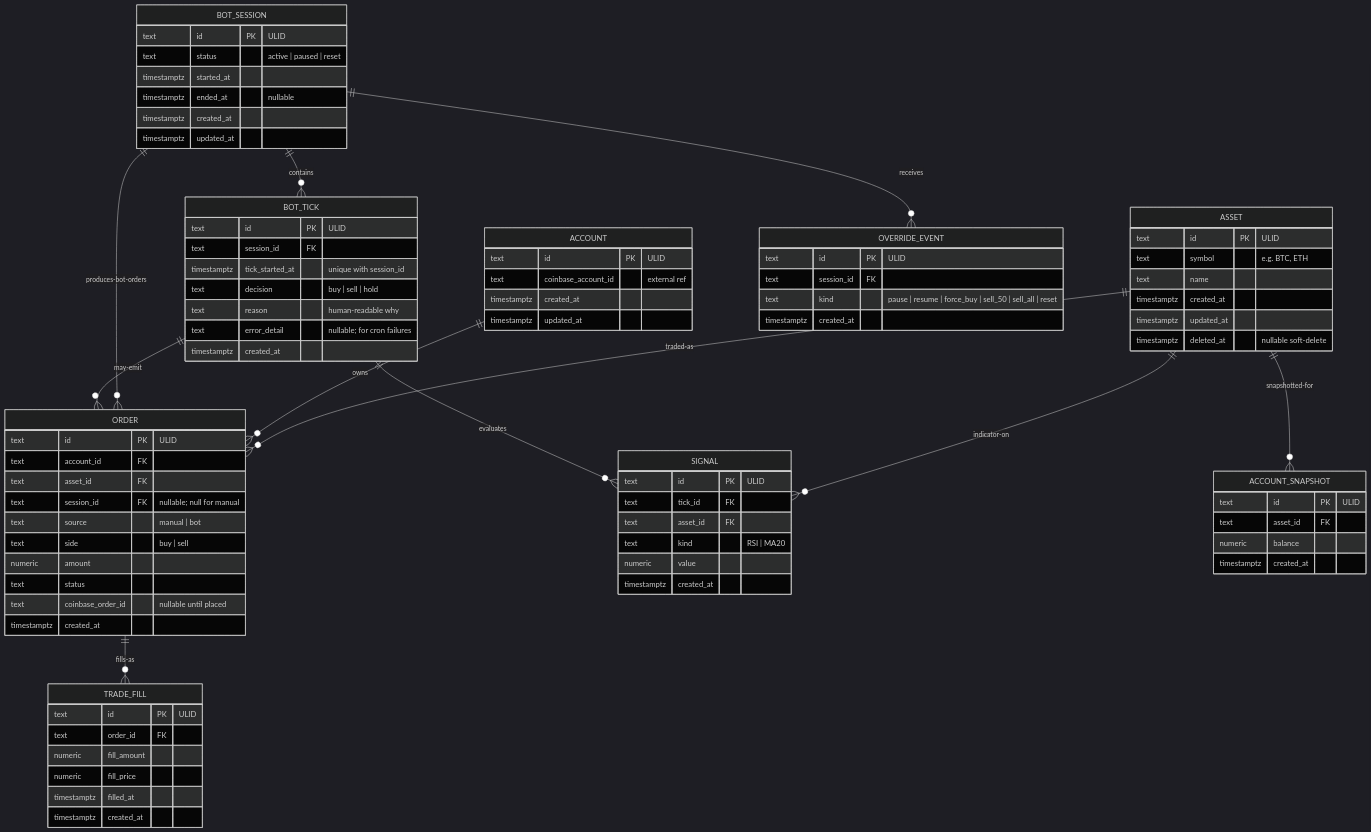
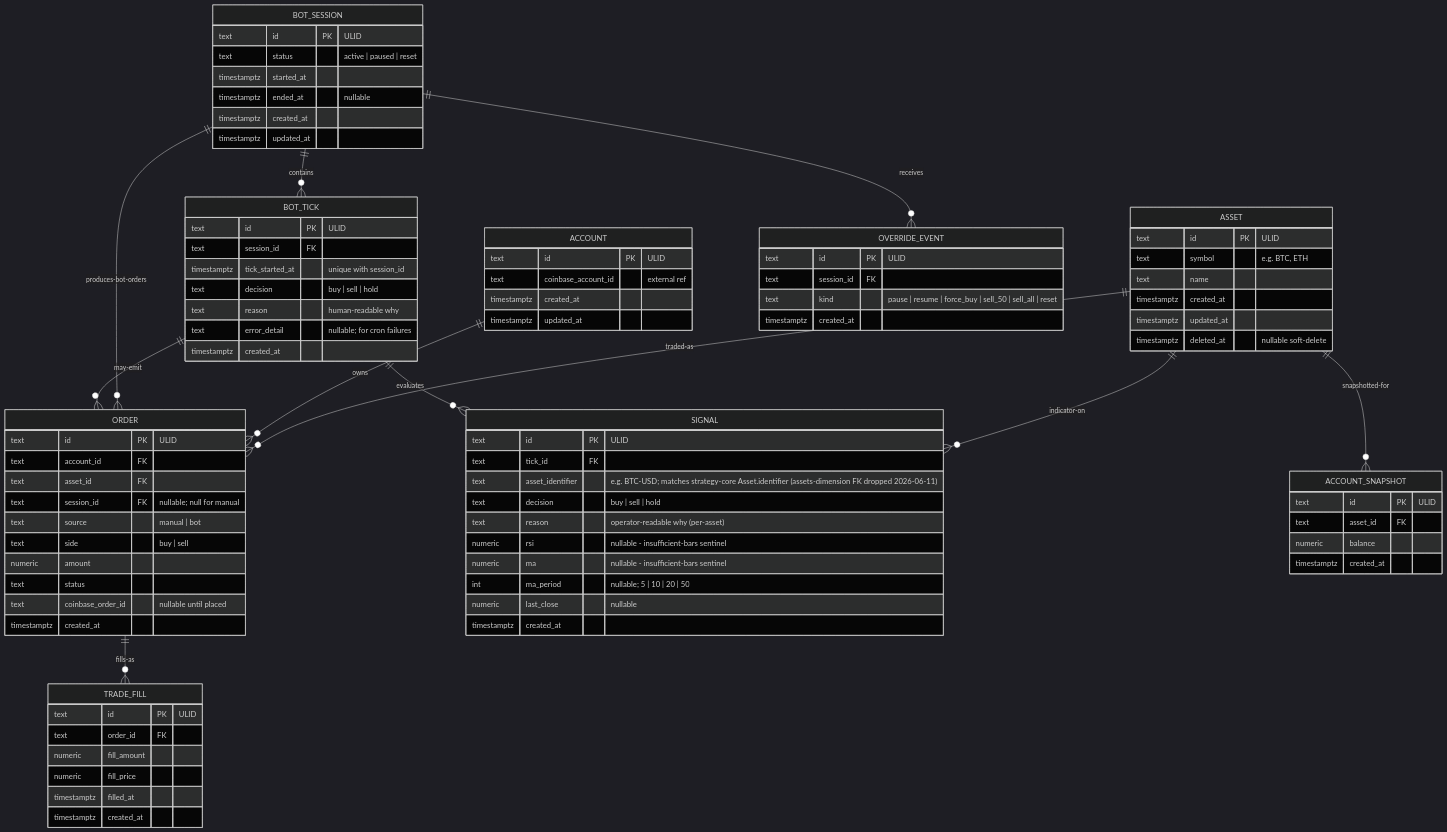
One commit to vivekschaudhary/crypto-bot changed the diagram in docs/foundation/architecture.md. Above: the diagram before and after it, drawn with Mermaid (dark theme). The commit also changed other lines of this file and 3 other files, not shown here.

First line of the commit message:
docs(CB-4.2): create-story — cron tick handler + migration-0005 schema finding (THIRD CB-4 STORY) (#62)

```diff
--- a/docs/foundation/architecture.md
+++ b/docs/foundation/architecture.md
@@ -183,9 +183,13 @@
     SIGNAL {
         text id PK "ULID"
         text tick_id FK
-        text asset_id FK
-        text kind "RSI | MA20"
-        numeric value
+        text asset_identifier "e.g. BTC-USD; matches strategy-core Asset.identifier (assets-dimension FK dropped 2026-06-11)"
+        text decision "buy | sell | hold"
+        text reason "operator-readable why (per-asset)"
+        numeric rsi "nullable - insufficient-bars sentinel"
+        numeric ma "nullable - insufficient-bars sentinel"
+        int ma_period "nullable; 5 | 10 | 20 | 50"
+        numeric last_close "nullable"
         timestamptz created_at
     }
     OVERRIDE_EVENT {
```
